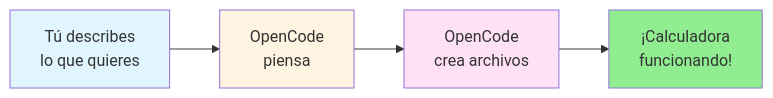
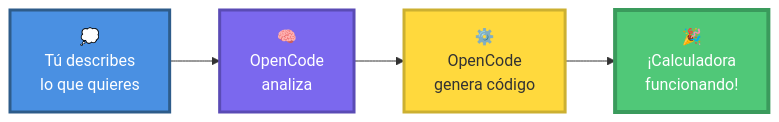
The eighth of 12 diagrams in courses/🟡-development/FPUNA-2026/00-FUNDAMENTOS-PRINCIPALES/01-configuracion-stack-ia.md (Ai-Whisperers/Courses-Content), drawn with Mermaid before and after one commit. The commit also changed other lines of this file, not shown here.

First line of the commit message:
Replace Claude/Anthropic with OpenCode+Zen and improve all Mermaid diagrams

````diff
--- a/courses/🟡-development/FPUNA-2026/00-FUNDAMENTOS-PRINCIPALES/01-configuracion-stack-ia.md
+++ b/courses/🟡-development/FPUNA-2026/00-FUNDAMENTOS-PRINCIPALES/01-configuracion-stack-ia.md
@@ -446,11 +460,11 @@
 ```mermaid
 flowchart LR
-    A[Tú describes<br/>lo que quieres] --> B[OpenCode<br/>piensa]
-    B --> C[OpenCode<br/>crea archivos]
-    C --> D[¡Calculadora<br/>funcionando!]
+    A["💭<br/>Tú describes<br/>lo que quieres"] --> B["🧠<br/>OpenCode<br/>analiza"]
+    B --> C["⚙️<br/>OpenCode<br/>genera código"]
+    C --> D["🎉<br/>¡Calculadora<br/>funcionando!"]
     
-    style A fill:#e1f5ff
-    style B fill:#fff4e1
-    style C fill:#ffe1f5
-    style D fill:#90EE90
+    style A fill:#4A90E2,stroke:#2E5C8A,stroke-width:3px,color:#fff
+    style B fill:#7B68EE,stroke:#5A4BB5,stroke-width:3px,color:#fff
+    style C fill:#FFD93D,stroke:#CCB031,stroke-width:3px,color:#333
+    style D fill:#50C878,stroke:#3A9B5C,stroke-width:4px,color:#fff
 ```
````
